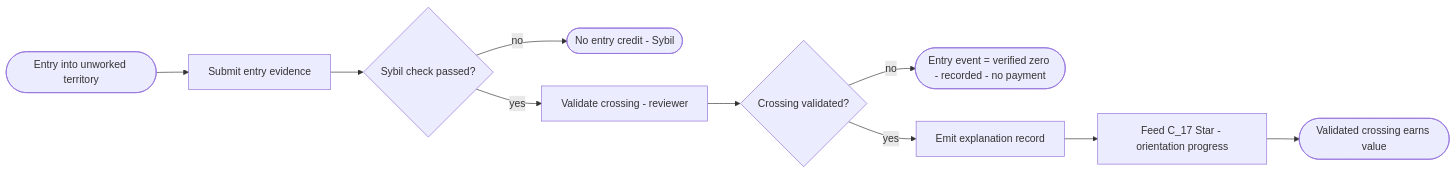
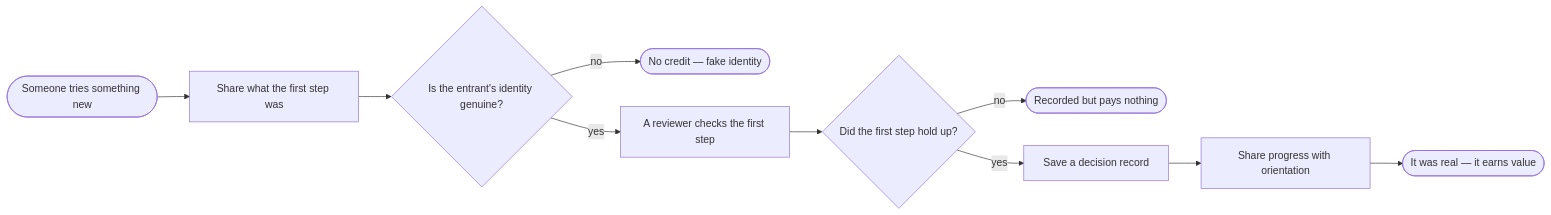
Before and after one commit to vijayee/resonantdao-example: the third of 24 diagrams in docs/contribution-economy/README.md, drawn with Mermaid. The commit also changed other lines of this file, not shown here.

````diff
--- a/docs/contribution-economy/README.md
+++ b/docs/contribution-economy/README.md
@@ -119,8 +116,8 @@
 ```mermaid
 flowchart LR
-  S([Entry into unworked territory]) --> EV[Submit entry evidence] --> G1{Sybil check passed?}
-  G1 -->|no| E1([No entry credit - Sybil])
-  G1 -->|yes| RV[Validate crossing - reviewer] --> G2{Crossing validated?}
-  G2 -->|no| E2([Entry event = verified zero - recorded - no payment])
-  G2 -->|yes| RC[Emit explanation record] --> F17[Feed C_17 Star - orientation progress] --> E3([Validated crossing earns value])
+  S([Someone tries something new]) --> EV[Share what the first step was] --> G1{Is the entrant's identity genuine?}
+  G1 -->|no| E1([No credit — fake identity])
+  G1 -->|yes| RV[A reviewer checks the first step] --> G2{Did the first step hold up?}
+  G2 -->|no| E2([Recorded but pays nothing])
+  G2 -->|yes| RC[Save a decision record] --> F17[Share progress with orientation] --> E3([It was real — it earns value])
 ```
````
